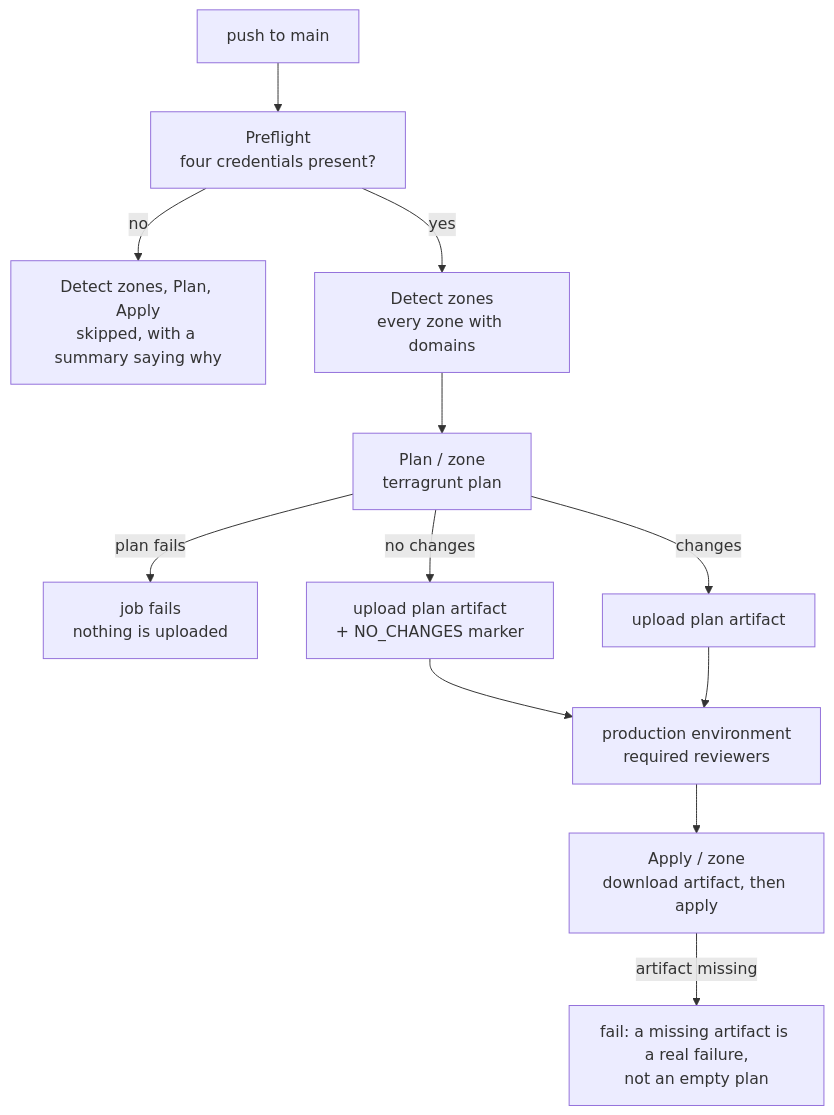
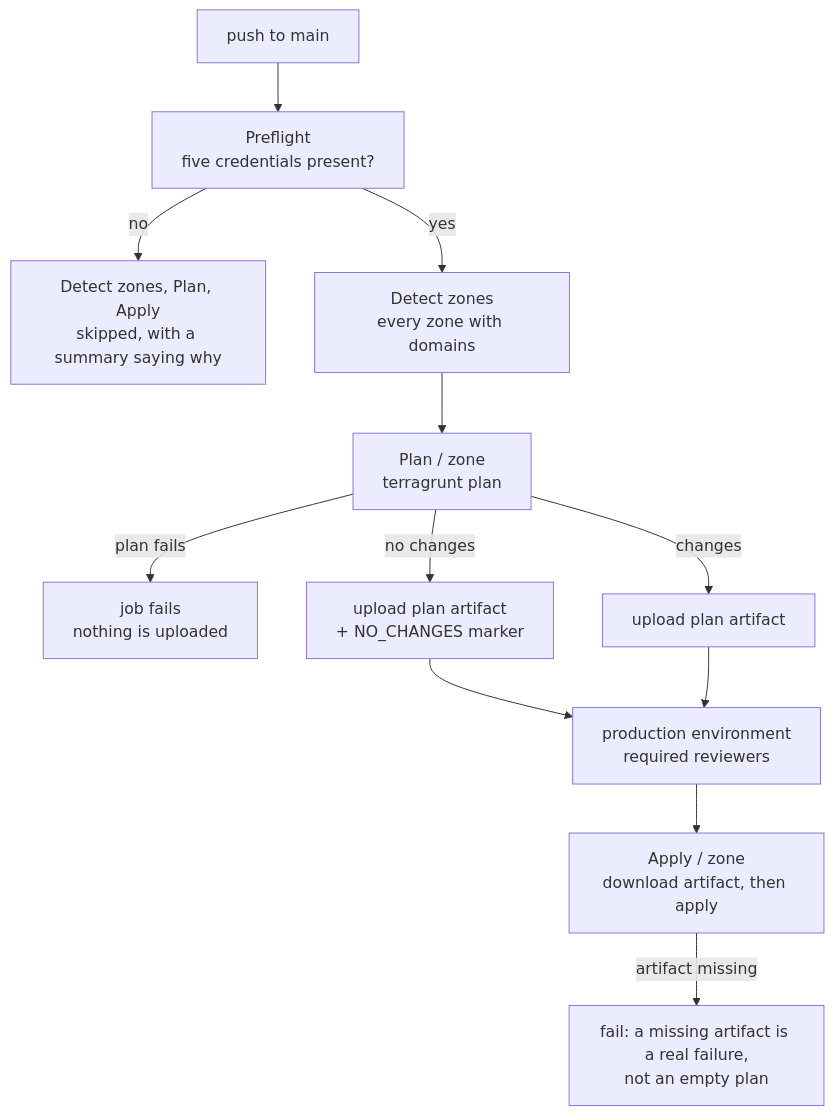
The second of 2 diagrams in docs/PIPELINES.md (gennadiygrinenko/cloudflare-dns-iac-template), drawn with Mermaid before and after one commit. The commit also changed other lines of this file and 10 other files, not shown here.

````diff
--- a/docs/PIPELINES.md
+++ b/docs/PIPELINES.md
@@ -56,14 +56,14 @@
 ```mermaid
 flowchart TD
-    push["push to main"] --> pre["Preflight<br/>four credentials present?"]
+    push["push to main"] --> pre["Preflight<br/>five credentials present?"]
     pre -->|"no"| skipped["Detect zones, Plan, Apply<br/>skipped, with a summary saying why"]
     pre -->|"yes"| detect["Detect zones<br/>every zone with domains"]
     detect --> plan["Plan / zone<br/>terragrunt plan"]
     plan -->|"plan fails"| red["job fails<br/>nothing is uploaded"]
     plan -->|"no changes"| marker["upload plan artifact<br/>+ NO_CHANGES marker"]
     plan -->|"changes"| artifact["upload plan artifact"]
     marker --> approval
     artifact --> approval
     approval["production environment<br/>required reviewers"] --> apply["Apply / zone<br/>download artifact, then apply"]
     apply -->|"artifact missing"| fail["fail: a missing artifact is a real failure,<br/>not an empty plan"]
 ```
````
